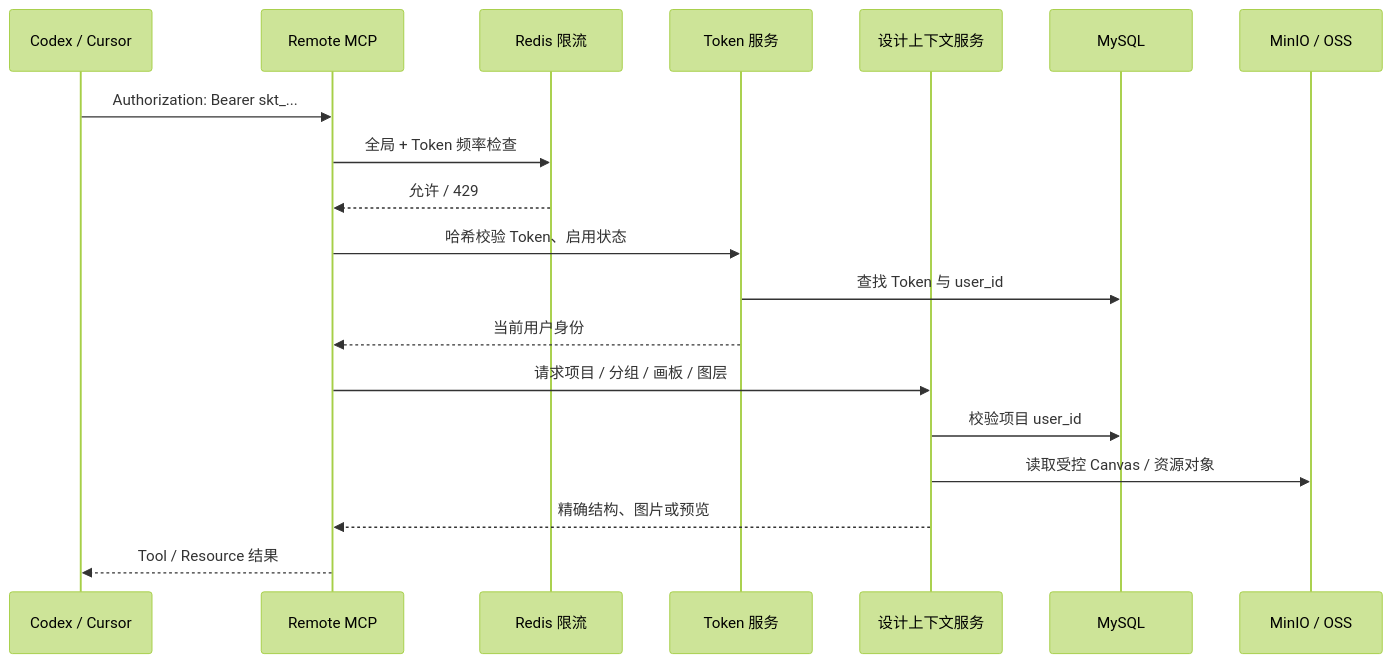
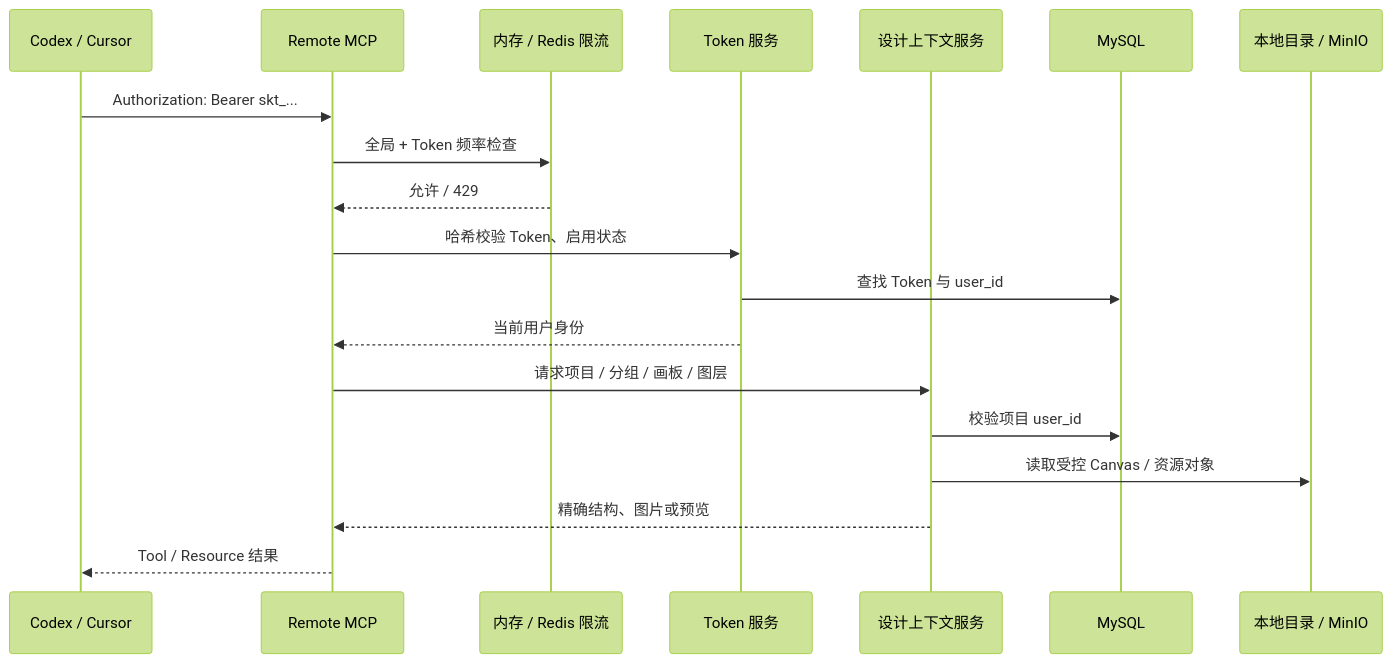
The sixth of 7 diagrams in docs/02_ARCHITECTURE.md (fjl-gj/sketchtoui), drawn with Mermaid (forest theme) before and after one commit. The commit also changed other lines of this file and 21 other files, not shown here.

Commit message:
feat: make Redis and MinIO optional

````diff
--- a/docs/02_ARCHITECTURE.md
+++ b/docs/02_ARCHITECTURE.md
@@ -217,22 +219,22 @@
 ```mermaid
 sequenceDiagram
     participant AI as Codex / Cursor
     participant MCP as Remote MCP
-    participant Limit as Redis 限流
+    participant Limit as 内存 / Redis 限流
     participant Token as Token 服务
     participant Design as 设计上下文服务
     participant DB as MySQL
-    participant Store as MinIO / OSS
+    participant Store as 本地目录 / MinIO
 
     AI->>MCP: Authorization: Bearer skt_...
     MCP->>Limit: 全局 + Token 频率检查
     Limit-->>MCP: 允许 / 429
     MCP->>Token: 哈希校验 Token、启用状态
     Token->>DB: 查找 Token 与 user_id
     Token-->>MCP: 当前用户身份
     MCP->>Design: 请求项目 / 分组 / 画板 / 图层
     Design->>DB: 校验项目 user_id
     Design->>Store: 读取受控 Canvas / 资源对象
     Design-->>MCP: 精确结构、图片或预览
     MCP-->>AI: Tool / Resource 结果
 ```
````
